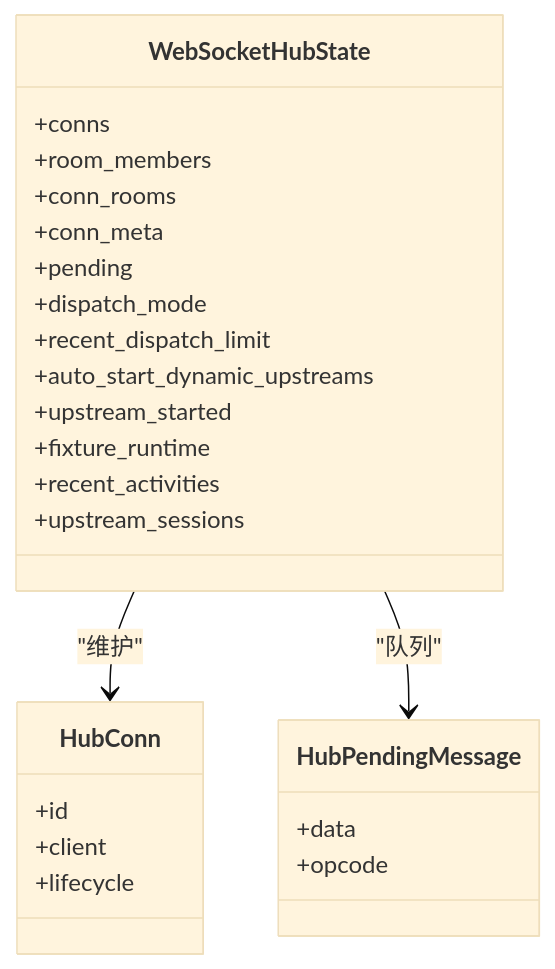
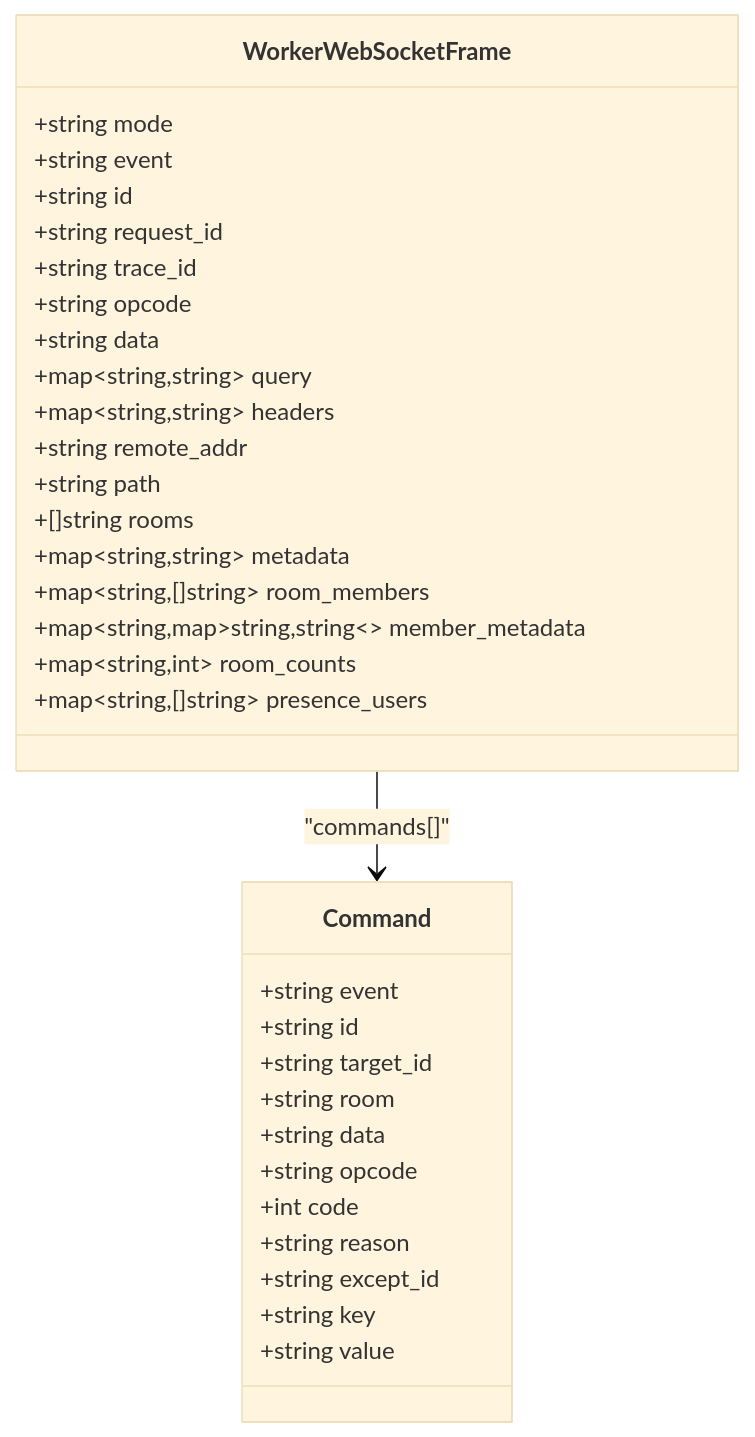
Before and after one commit to guweigang/vhttpd: the fourth of 8 diagrams in .qoder/repowiki/zh/content/API 参考/WebSocket API.md, drawn with Mermaid (base theme). The commit also changed other lines of this file and 697 other files, not shown here.

````diff
--- a/.qoder/repowiki/zh/content/API 参考/WebSocket API.md
+++ b/.qoder/repowiki/zh/content/API 参考/WebSocket API.md
@@ -240,28 +190,36 @@
 ```mermaid
 classDiagram
-class WebSocketHubState {
-+conns
-+room_members
-+conn_rooms
-+conn_meta
-+pending
-+dispatch_mode
-+recent_dispatch_limit
-+auto_start_dynamic_upstreams
-+upstream_started
-+fixture_runtime
-+recent_activities
-+upstream_sessions
+class WorkerWebSocketFrame {
++string mode
++string event
++string id
++string request_id
++string trace_id
++string opcode
++string data
++map~string,string~ query
++map~string,string~ headers
++string remote_addr
++string path
++[]string rooms
++map~string,string~ metadata
++map~string,[]string~ room_members
++map~string,map~string,string~~ member_metadata
++map~string,int~ room_counts
++map~string,[]string~ presence_users
 }
-class HubConn {
-+id
-+client
-+lifecycle
+class Command {
++string event
++string id
++string target_id
++string room
++string data
++string opcode
++int code
++string reason
++string except_id
++string key
++string value
 }
-class HubPendingMessage {
-+data
-+opcode
-}
-WebSocketHubState --> HubConn : "维护"
-WebSocketHubState --> HubPendingMessage : "队列"
+WorkerWebSocketFrame --> Command : "commands[]"
 ```
````
